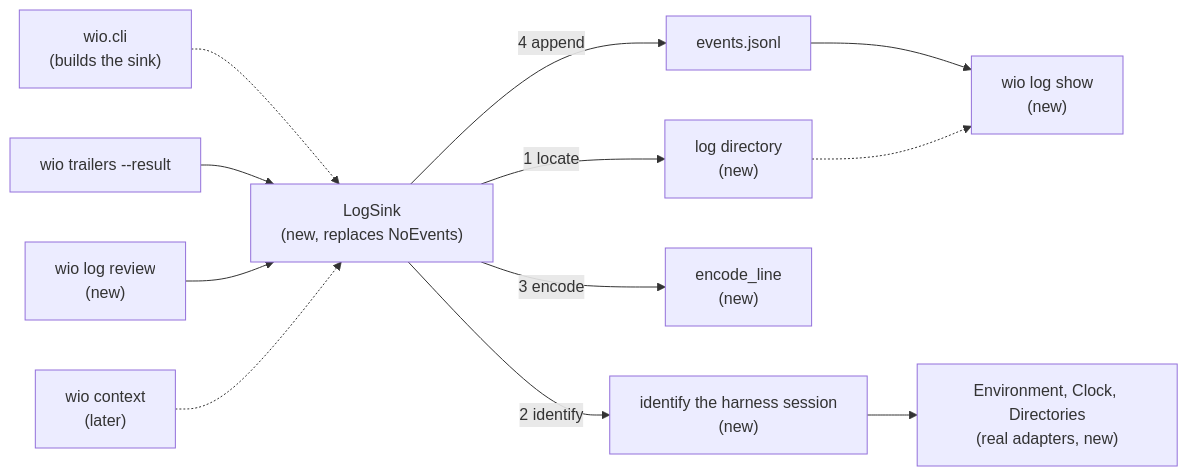
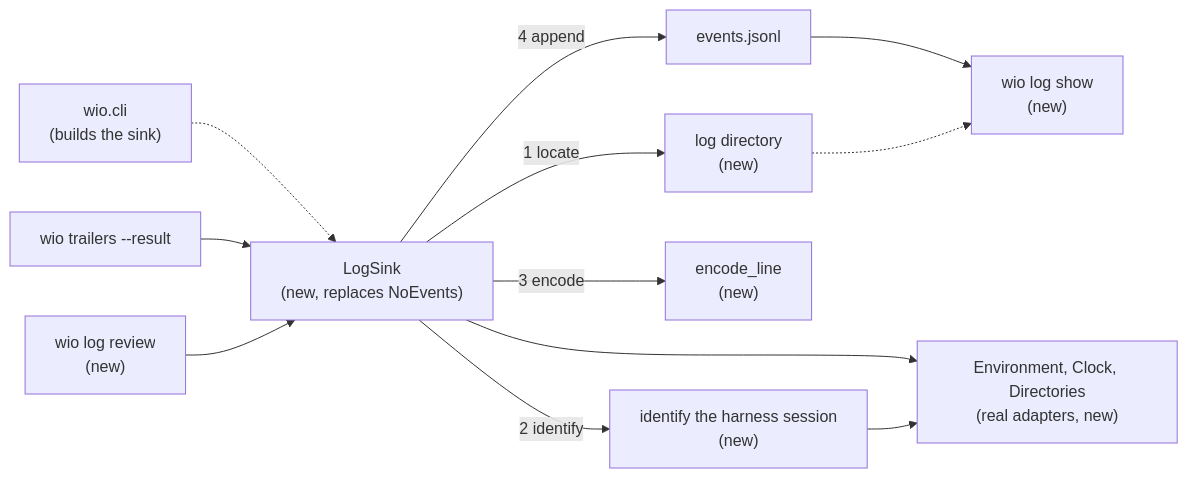
One commit to msitarz/wio changed the second of 2 diagrams in .agents/wio/works/wio-log/README.md. Above: the diagram before and after it, drawn with Mermaid. The commit also changed other lines of this file, not shown here.

````diff
--- a/.agents/wio/works/wio-log/README.md
+++ b/.agents/wio/works/wio-log/README.md
@@ -185,14 +186,14 @@
 ```mermaid
 flowchart LR
     CLI["wio.cli\n(builds the sink)"] -.-> K
     T["wio trailers --result"] --> K["LogSink\n(new, replaces NoEvents)"]
     R["wio log review\n(new)"] --> K
-    C["wio context\n(later)"] -.-> K
     K -- "1 locate" --> L["log directory\n(new)"]
     K -- "2 identify" --> H["identify the harness session\n(new)"]
-    H --> A["Environment, Clock, Directories\n(real adapters, new)"]
+    K --> A["Environment, Clock, Directories\n(real adapters, new)"]
+    H --> A
     K -- "3 encode" --> F["encode_line\n(new)"]
     K -- "4 append" --> E["events.jsonl"]
     E --> W["wio log show\n(new)"]
     L -.-> W
 ```
````
